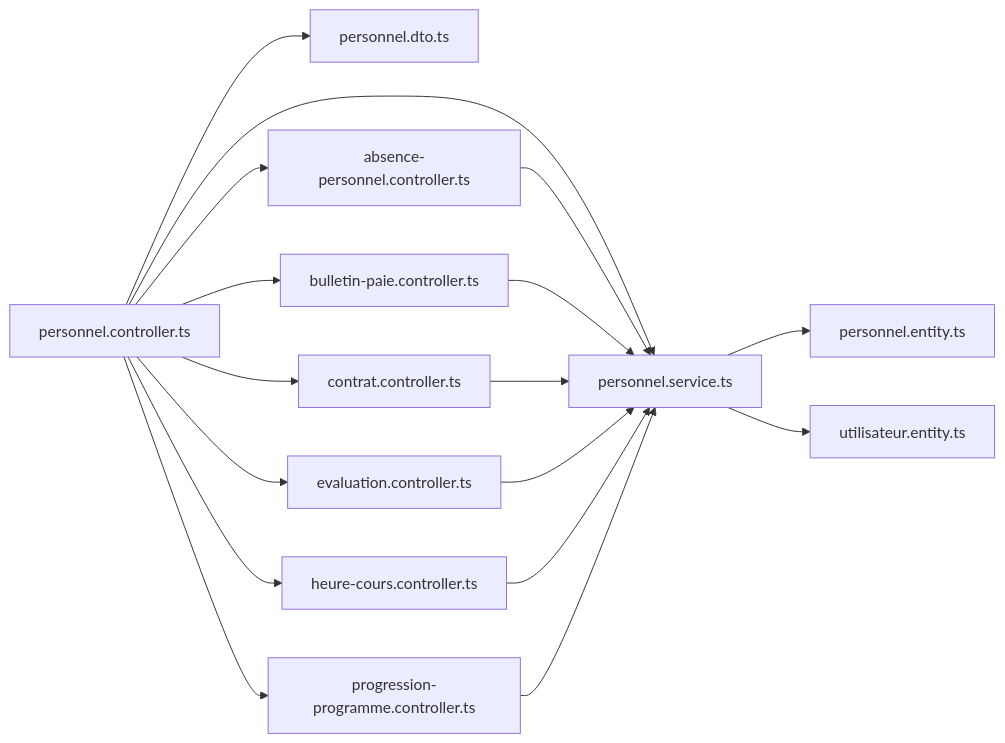
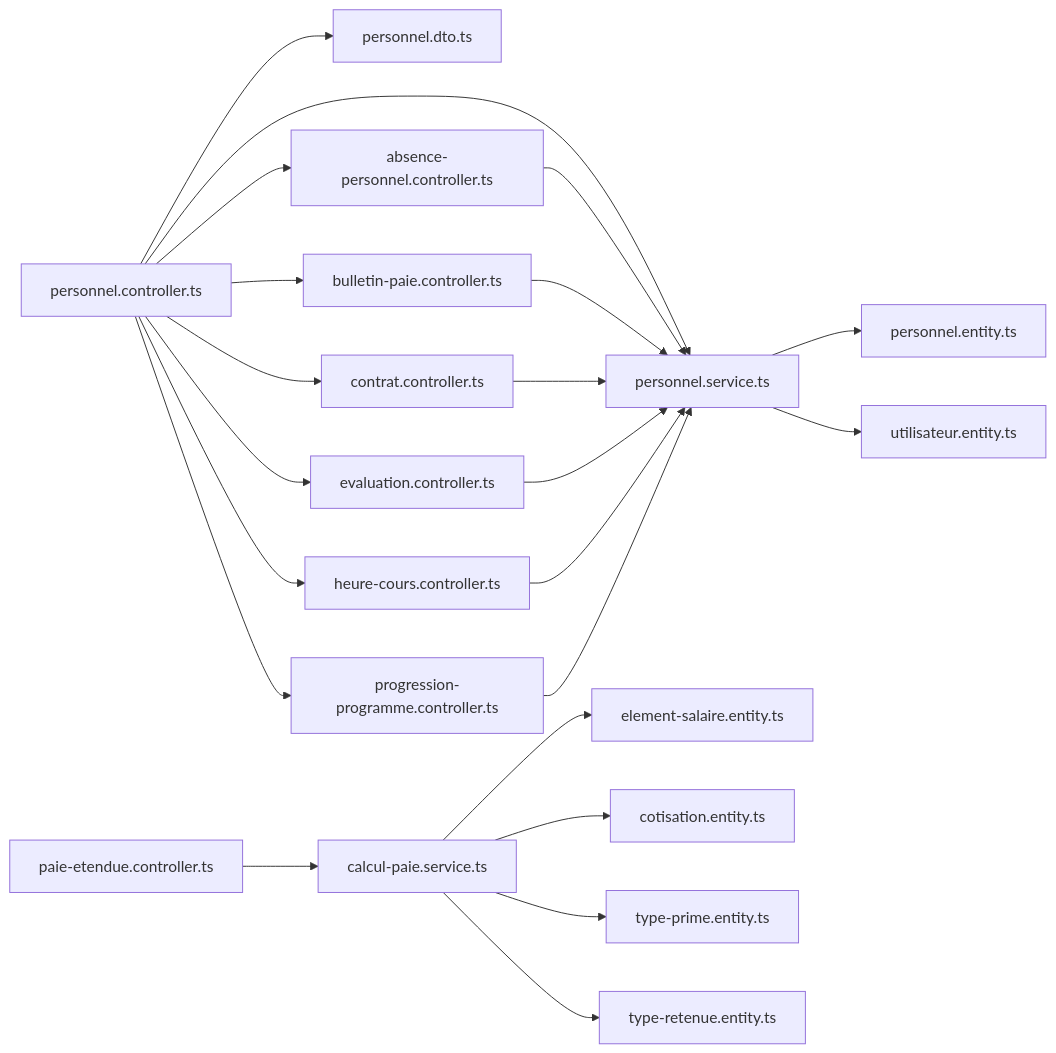
The eighth of 8 diagrams in .qoder/repowiki/en/content/Modules & Features/Administrative Modules/Personnel & Human Resources.md (franckylab/eLISAschool), drawn with Mermaid before and after one commit. The commit also changed other lines of this file and 151 other files, not shown here.

````diff
--- a/.qoder/repowiki/en/content/Modules & Features/Administrative Modules/Personnel & Human Resources.md
+++ b/.qoder/repowiki/en/content/Modules & Features/Administrative Modules/Personnel & Human Resources.md
@@ -498,19 +703,24 @@
 ```mermaid
 graph LR
 PC["personnel.controller.ts"] --> PS["personnel.service.ts"]
 PS --> PE["personnel.entity.ts"]
 PS --> UE["utilisateur.entity.ts"]
 PC --> PD["personnel.dto.ts"]
 PC --> APC["absence-personnel.controller.ts"]
 PC --> BPC["bulletin-paie.controller.ts"]
 PC --> CC["contrat.controller.ts"]
 PC --> EC["evaluation.controller.ts"]
 PC --> HCC["heure-cours.controller.ts"]
 PC --> PPC["progression-programme.controller.ts"]
 APC --> PS
 BPC --> PS
 CC --> PS
 EC --> PS
 HCC --> PS
 PPC --> PS
+PEC["paie-etendue.controller.ts"] --> PCS["calcul-paie.service.ts"]
+PCS --> PE7["element-salaire.entity.ts"]
+PCS --> PE8["cotisation.entity.ts"]
+PCS --> PE9["type-prime.entity.ts"]
+PCS --> PE10["type-retenue.entity.ts"]
 ```
````
